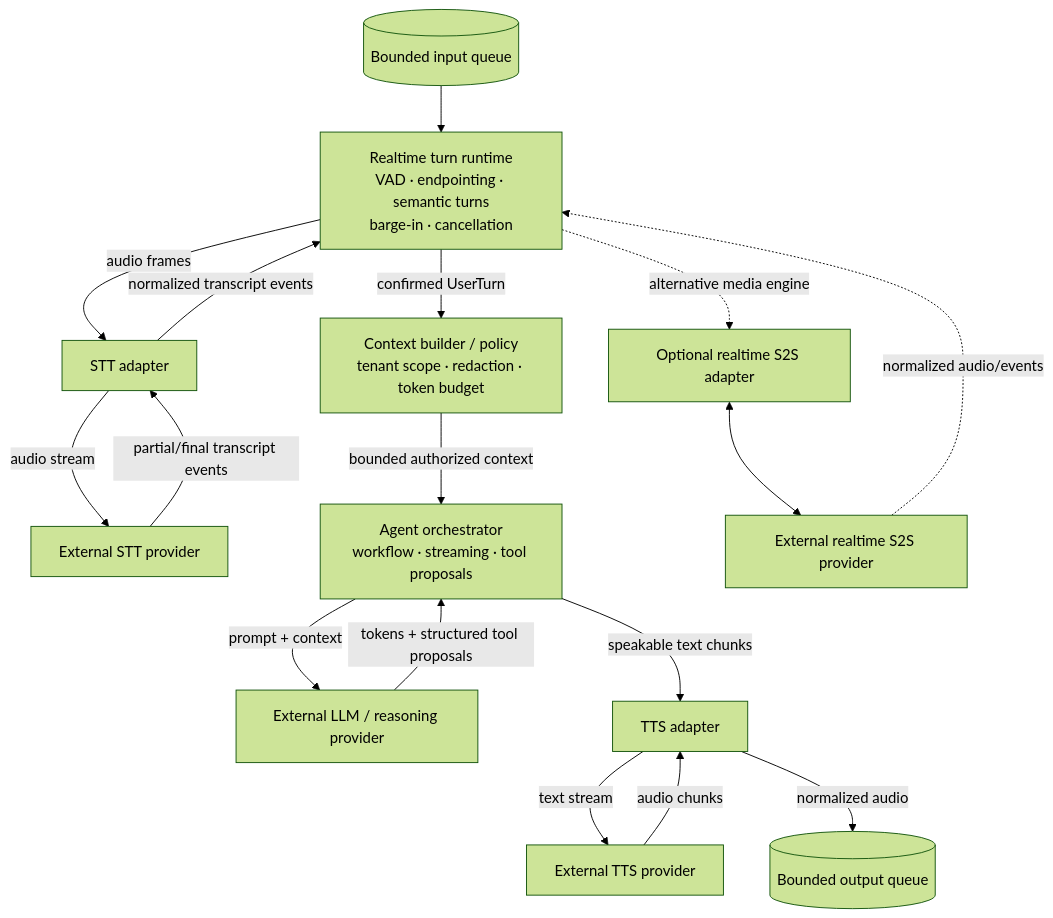
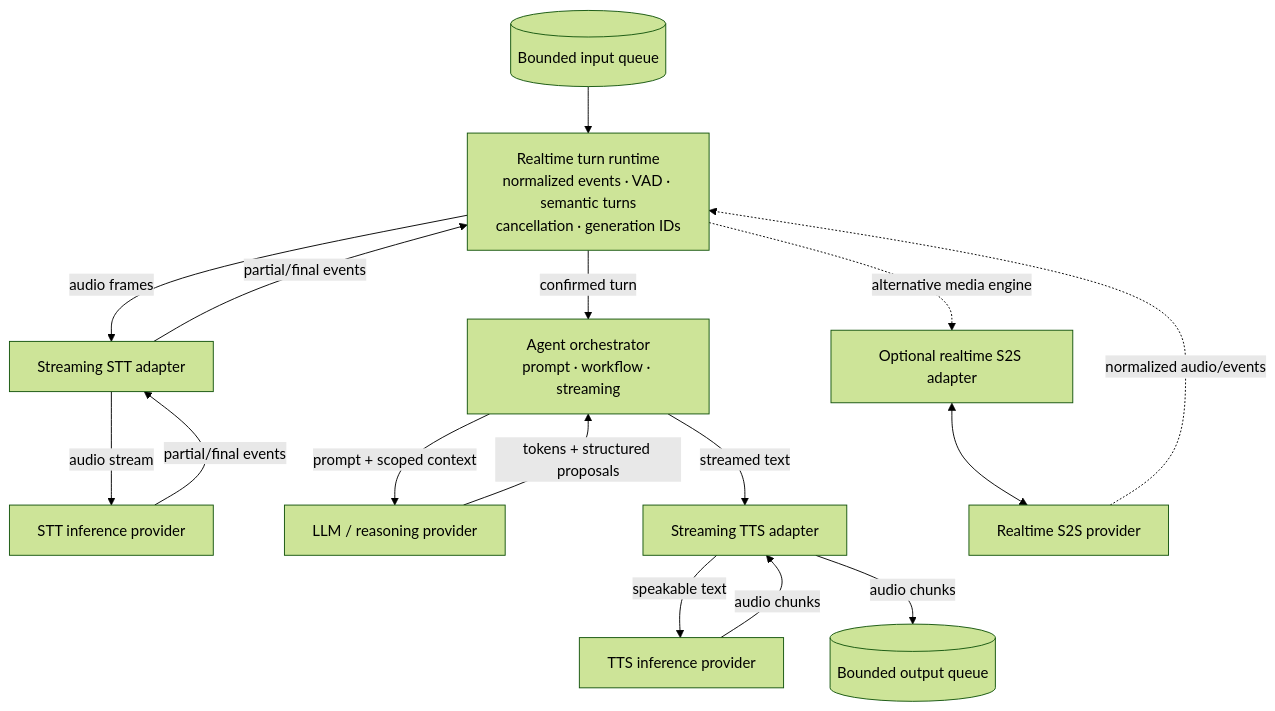
The second of 3 diagrams in docs/voice-agent-architecture-print-diagrams.md (d-schneid/voice-agents), drawn with Mermaid (forest theme) before and after one commit. The commit also changed other lines of this file, not shown here.

Commit message:
Align print diagrams with canonical components

````diff
--- a/docs/voice-agent-architecture-print-diagrams.md
+++ b/docs/voice-agent-architecture-print-diagrams.md
@@ -56,33 +45,30 @@
 ```mermaid
 flowchart TB
     IQ[(Bounded input queue)]
-    RT[Realtime turn runtime<br/>VAD · endpointing · semantic turns<br/>barge-in · cancellation]
-    STTA[STT adapter]
-    STTP[External STT provider]
-    CTX[Context builder / policy<br/>tenant scope · redaction · token budget]
-    AG[Agent orchestrator<br/>workflow · streaming · tool proposals]
-    LLMP[External LLM / reasoning provider]
-    TTSA[TTS adapter]
-    TTSP[External TTS provider]
+    RT[Realtime turn runtime<br/>normalized events · VAD · semantic turns<br/>cancellation · generation IDs]
+    STT[Streaming STT adapter]
+    STTP[STT inference provider]
+    AG[Agent orchestrator<br/>prompt · workflow · streaming]
+    LLMP[LLM / reasoning provider]
+    TTS[Streaming TTS adapter]
+    TTSP[TTS inference provider]
     OQ[(Bounded output queue)]
     S2S[Optional realtime S2S adapter]
-    S2SP[External realtime S2S provider]
+    S2SP[Realtime S2S provider]
 
     IQ --> RT
-    RT -->|audio frames| STTA
-    STTA -->|audio stream| STTP
-    STTP -->|partial/final transcript events| STTA
-    STTA -->|normalized transcript events| RT
-    RT -->|confirmed UserTurn| CTX
-    CTX -->|bounded authorized context| AG
-    AG -->|prompt + context| LLMP
-    LLMP -->|tokens + structured tool proposals| AG
-    AG -->|speakable text chunks| TTSA
-    TTSA -->|text stream| TTSP
-    TTSP -->|audio chunks| TTSA
-    TTSA -->|normalized audio| OQ
-
+    RT -->|audio frames| STT
+    STT -->|audio stream| STTP
+    STTP -->|partial/final events| STT
+    STT -->|partial/final events| RT
+    RT -->|confirmed turn| AG
+    AG -->|prompt + scoped context| LLMP
+    LLMP -->|tokens + structured proposals| AG
+    AG -->|streamed text| TTS
+    TTS -->|speakable text| TTSP
+    TTSP -->|audio chunks| TTS
+    TTS -->|audio chunks| OQ
     RT -.->|alternative media engine| S2S
     S2S <--> S2SP
     S2SP -.->|normalized audio/events| RT
 ```
````
